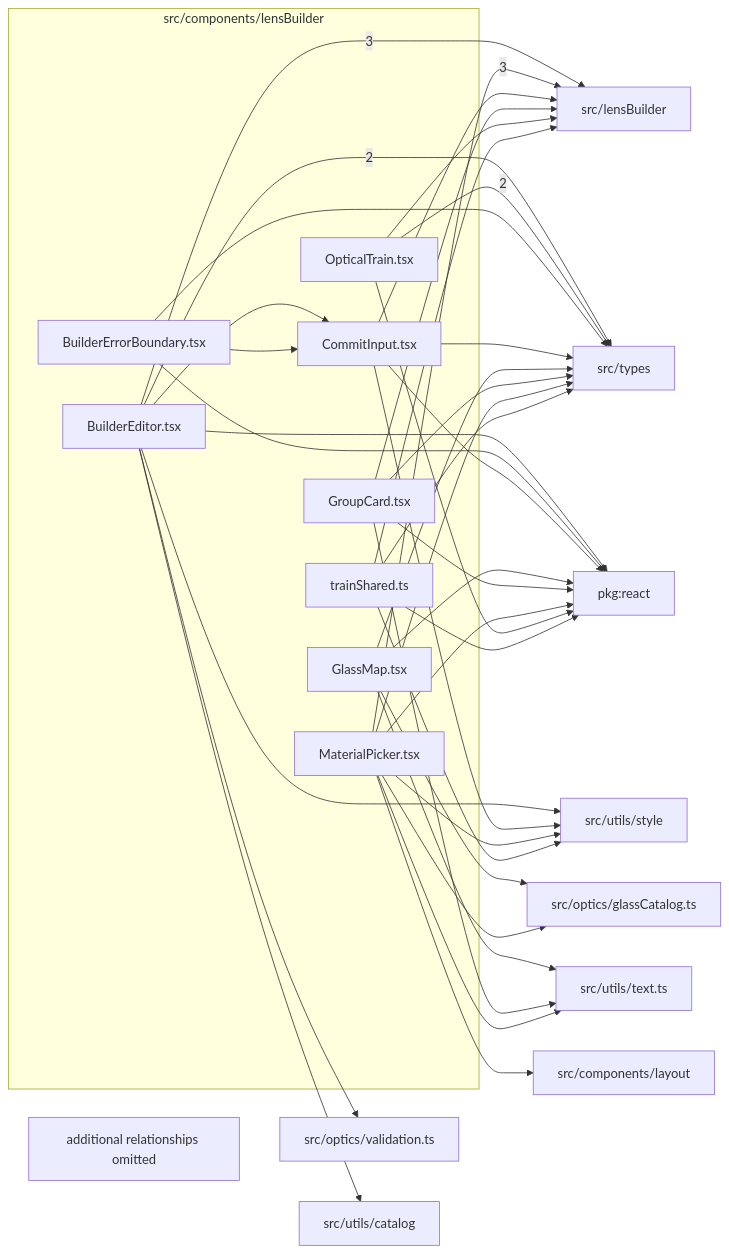
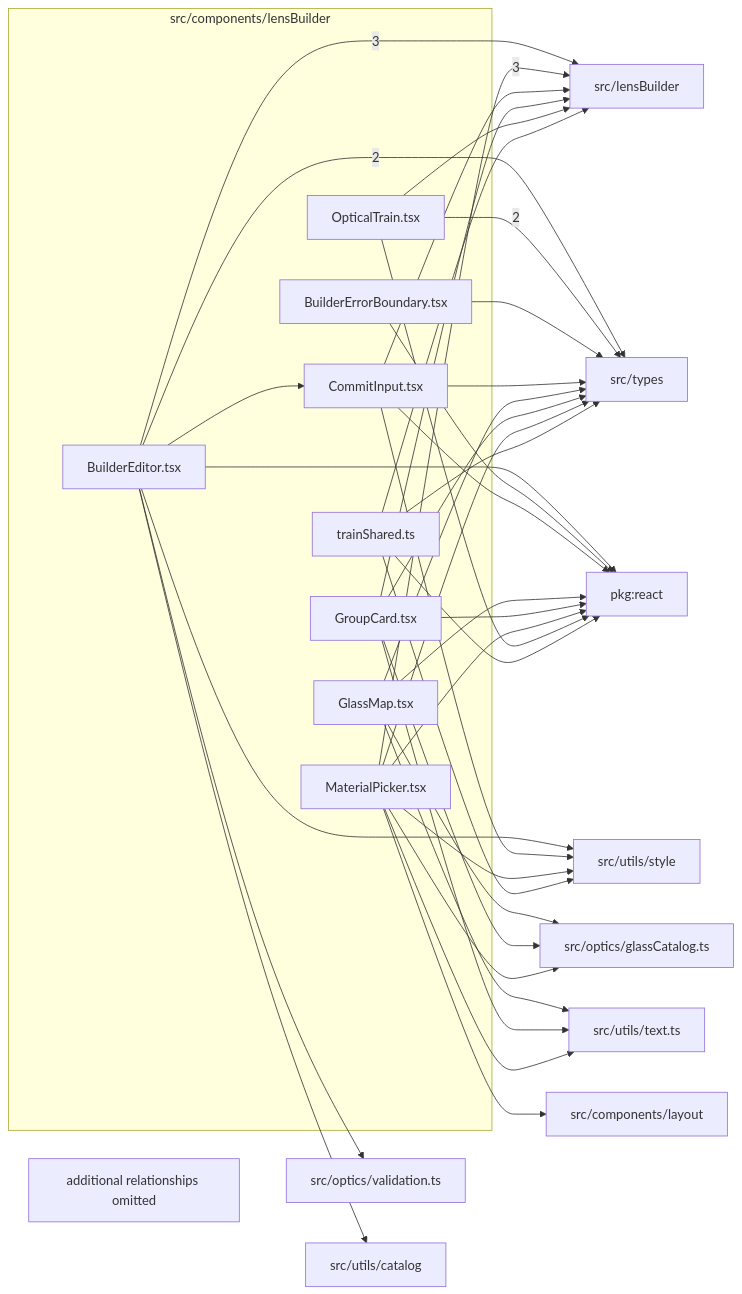
Before and after one commit to ronbuening/LensVisualizer: the diagram in src/components/lensBuilder/readme.md, drawn with Mermaid. The commit also changed other lines of this file and 44 other files, not shown here.

````diff
--- a/src/components/lensBuilder/readme.md
+++ b/src/components/lensBuilder/readme.md
@@ -9,59 +9,59 @@
 ```mermaid
 flowchart LR
   subgraph n_src_components_lensBuilder["src/components/lensBuilder"]
     n_src_components_lensBuilder_src_components_lensBuilder_BuilderEditor_tsx["BuilderEditor.tsx"]
     n_src_components_lensBuilder_src_components_lensBuilder_BuilderErrorBoundary_tsx["BuilderErrorBoundary.tsx"]
     n_src_components_lensBuilder_src_components_lensBuilder_CommitInput_tsx["CommitInput.tsx"]
     n_src_components_lensBuilder_src_components_lensBuilder_GlassMap_tsx["GlassMap.tsx"]
     n_src_components_lensBuilder_src_components_lensBuilder_GroupCard_tsx["GroupCard.tsx"]
     n_src_components_lensBuilder_src_components_lensBuilder_MaterialPicker_tsx["MaterialPicker.tsx"]
     n_src_components_lensBuilder_src_components_lensBuilder_OpticalTrain_tsx["OpticalTrain.tsx"]
     n_src_components_lensBuilder_src_components_lensBuilder_trainShared_ts["trainShared.ts"]
   end
   n_external_src_lensBuilder["src/lensBuilder"]
   n_external_src_types["src/types"]
   n_external_pkg_react["pkg:react"]
   n_external_src_components_layout["src/components/layout"]
   n_external_src_optics_glassCatalog_ts["src/optics/glassCatalog.ts"]
   n_external_src_optics_validation_ts["src/optics/validation.ts"]
   n_external_src_utils_catalog["src/utils/catalog"]
   n_external_src_utils_style["src/utils/style"]
   n_external_src_utils_text_ts["src/utils/text.ts"]
   n_src_components_lensBuilder_src_components_lensBuilder_BuilderEditor_tsx --> |3| n_external_src_lensBuilder
   n_src_components_lensBuilder_src_components_lensBuilder_MaterialPicker_tsx --> |3| n_external_src_lensBuilder
   n_src_components_lensBuilder_src_components_lensBuilder_BuilderEditor_tsx --> |2| n_external_src_types
   n_src_components_lensBuilder_src_components_lensBuilder_OpticalTrain_tsx --> |2| n_external_src_types
   n_src_components_lensBuilder_src_components_lensBuilder_BuilderEditor_tsx --> n_external_pkg_react
   n_src_components_lensBuilder_src_components_lensBuilder_BuilderErrorBoundary_tsx --> n_external_pkg_react
   n_src_components_lensBuilder_src_components_lensBuilder_CommitInput_tsx --> n_external_pkg_react
   n_src_components_lensBuilder_src_components_lensBuilder_GlassMap_tsx --> n_external_pkg_react
   n_src_components_lensBuilder_src_components_lensBuilder_GroupCard_tsx --> n_external_pkg_react
   n_src_components_lensBuilder_src_components_lensBuilder_MaterialPicker_tsx --> n_external_pkg_react
   n_src_components_lensBuilder_src_components_lensBuilder_OpticalTrain_tsx --> n_external_pkg_react
   n_src_components_lensBuilder_src_components_lensBuilder_trainShared_ts --> n_external_pkg_react
   n_src_components_lensBuilder_src_components_lensBuilder_MaterialPicker_tsx --> n_external_src_components_layout
   n_src_components_lensBuilder_src_components_lensBuilder_CommitInput_tsx --> n_external_src_lensBuilder
   n_src_components_lensBuilder_src_components_lensBuilder_GroupCard_tsx --> n_external_src_lensBuilder
   n_src_components_lensBuilder_src_components_lensBuilder_OpticalTrain_tsx --> n_external_src_lensBuilder
   n_src_components_lensBuilder_src_components_lensBuilder_trainShared_ts --> n_external_src_lensBuilder
   n_src_components_lensBuilder_src_components_lensBuilder_GlassMap_tsx --> n_external_src_optics_glassCatalog_ts
+  n_src_components_lensBuilder_src_components_lensBuilder_GroupCard_tsx --> n_external_src_optics_glassCatalog_ts
   n_src_components_lensBuilder_src_components_lensBuilder_MaterialPicker_tsx --> n_external_src_optics_glassCatalog_ts
   n_src_components_lensBuilder_src_components_lensBuilder_BuilderEditor_tsx --> n_external_src_optics_validation_ts
   n_src_components_lensBuilder_src_components_lensBuilder_BuilderErrorBoundary_tsx --> n_external_src_types
   n_src_components_lensBuilder_src_components_lensBuilder_CommitInput_tsx --> n_external_src_types
   n_src_components_lensBuilder_src_components_lensBuilder_GlassMap_tsx --> n_external_src_types
   n_src_components_lensBuilder_src_components_lensBuilder_GroupCard_tsx --> n_external_src_types
   n_src_components_lensBuilder_src_components_lensBuilder_MaterialPicker_tsx --> n_external_src_types
   n_src_components_lensBuilder_src_components_lensBuilder_trainShared_ts --> n_external_src_types
   n_src_components_lensBuilder_src_components_lensBuilder_BuilderEditor_tsx --> n_external_src_utils_catalog
   n_src_components_lensBuilder_src_components_lensBuilder_BuilderEditor_tsx --> n_external_src_utils_style
   n_src_components_lensBuilder_src_components_lensBuilder_CommitInput_tsx --> n_external_src_utils_style
   n_src_components_lensBuilder_src_components_lensBuilder_MaterialPicker_tsx --> n_external_src_utils_style
   n_src_components_lensBuilder_src_components_lensBuilder_trainShared_ts --> n_external_src_utils_style
   n_src_components_lensBuilder_src_components_lensBuilder_GlassMap_tsx --> n_external_src_utils_text_ts
   n_src_components_lensBuilder_src_components_lensBuilder_GroupCard_tsx --> n_external_src_utils_text_ts
   n_src_components_lensBuilder_src_components_lensBuilder_MaterialPicker_tsx --> n_external_src_utils_text_ts
   n_src_components_lensBuilder_src_components_lensBuilder_BuilderEditor_tsx --> n_src_components_lensBuilder_src_components_lensBuilder_CommitInput_tsx
-  n_src_components_lensBuilder_src_components_lensBuilder_BuilderErrorBoundary_tsx --> n_src_components_lensBuilder_src_components_lensBuilder_CommitInput_tsx
   n_src_components_lensBuilder_truncated["additional relationships omitted"]
 ```
````
